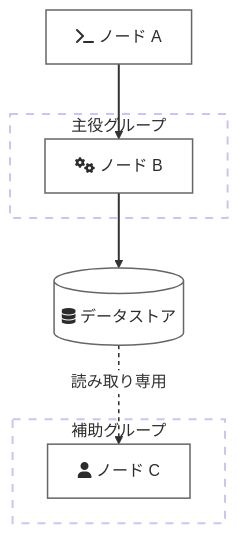
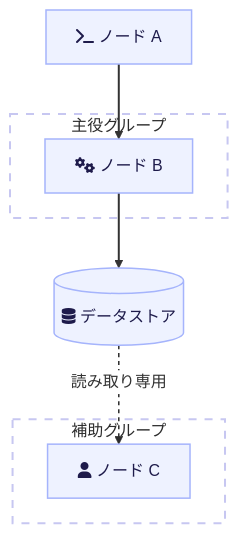
The first of 3 diagrams in skills/claude/gospelo-mermaid-plus/references/color-scheme.md (gospelo-dev/mermaid-plus), drawn with Mermaid before and after one commit. The commit also changed other lines of this file and 8 other files, not shown here.

````diff
--- a/skills/claude/gospelo-mermaid-plus/references/color-scheme.md
+++ b/skills/claude/gospelo-mermaid-plus/references/color-scheme.md
@@ -151,31 +161,31 @@
 ```mermaid
 ---
 config:
   themeVariables:
     edgeLabelBackground: '#FFFFFF'
   elk:
     lineHops: false
 ---
 flowchart TB
     A["fa:fa-terminal ノード A"]
     subgraph Main["主役グループ"]
         B["fa:fa-gears ノード B"]
     end
     subgraph Sub["補助グループ"]
         C["fa:fa-user ノード C"]
     end
     DB[("fa:fa-database データストア")]
 
     A --> B
     B --> DB
     DB -.->|読み取り専用| C
 
-    classDef node fill:#FFFFFF,stroke:#666666,stroke-width:1.5px,color:#2C2C2C
+    classDef node fill:#EEF2FF,stroke:#A5B4FC,stroke-width:1.5px,color:#1E1B4B
     class A,B,C,DB node
     style Main fill:none,stroke:#C7C7F1,stroke-width:2px,stroke-dasharray:8 8,color:#2C2C2C
     style Sub fill:none,stroke:#C7C7F1,stroke-width:2px,stroke-dasharray:8 8,color:#2C2C2C
 
     %% normal flow = solid / non-destructive = dashed
     linkStyle 0,1 stroke:#333333,stroke-width:2px
     linkStyle 2 stroke:#2C2C2C,stroke-width:1.5px,stroke-dasharray:4 4
 ```
````
